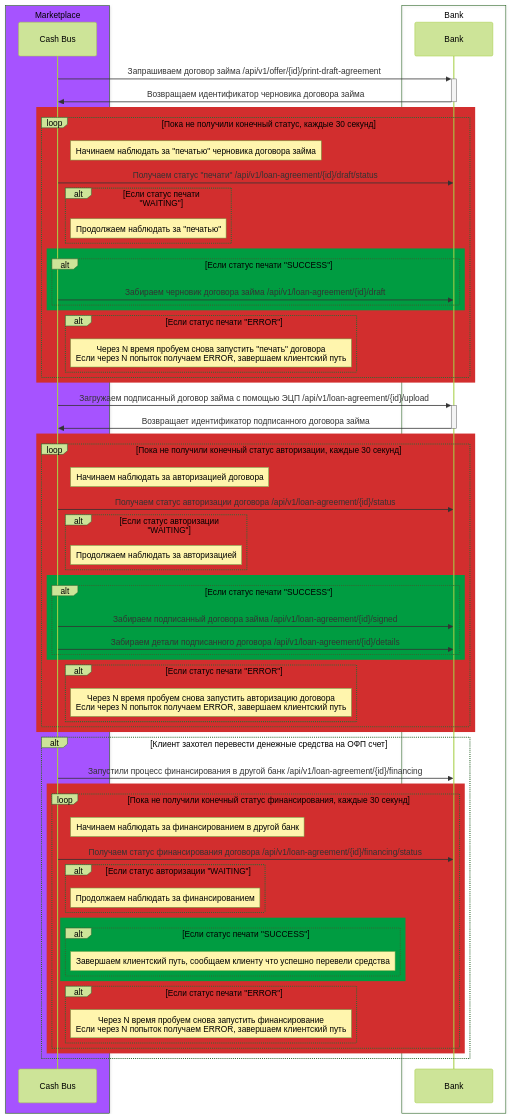
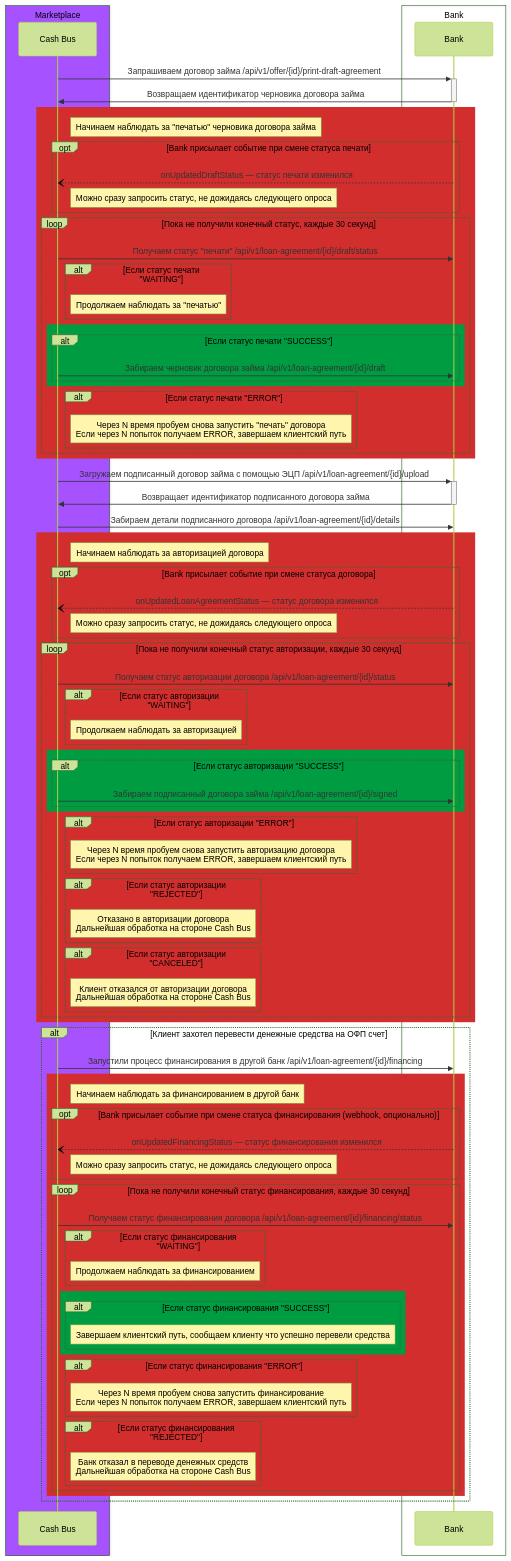
One commit to VantaFinance/cash changed the fourth of 4 diagrams in workflow.md. Above: the diagram before and after it, drawn with Mermaid (forest theme). The commit also changed other lines of this file and 1 other file, not shown here.

Commit message:
Update docs bank

```diff
--- a/workflow.md
+++ b/workflow.md
@@ -79,11 +169,13 @@
 Cash Bus ->>+ Bank : Запрашиваем договор займа /api/v1/offer/{id}/print-draft-agreement
 Bank ->>- Cash Bus : Возвращаем  идентификатор черновика договора займа
 
-
-
 rect rgb(210, 46,46)
+    Note right of Cash Bus: Начинаем наблюдать за "печатью" черновика договора займа
+    opt Bank присылает событие при смене статуса печати 
+        Bank --) Cash Bus: onUpdatedDraftStatus — статус печати изменился
+        Note right of Cash Bus: Можно сразу запросить статус, не дожидаясь следующего опроса
+    end
     loop Пока не получили конечный статус, каждые 30 секунд
-        Note right of Cash Bus: Начинаем наблюдать за "печатью" черновика договора займа
         Cash Bus ->> Bank:  Получаем статус "печати" /api/v1/loan-agreement/{id}/draft/status
 
         alt Если статус печати "WAITING"
@@ -106,11 +198,16 @@
 Cash Bus ->>+ Bank : Загружаем подписанный договор займа с помощью ЭЦП /api/v1/loan-agreement/{id}/upload
 Bank ->>- Cash Bus : Возвращает идентификатор подписанного договора займа
 
+Cash Bus ->> Bank: Забираем детали подписанного договора /api/v1/loan-agreement/{id}/details
 
 
 rect rgb(210, 46,46)
+    Note right of Cash Bus: Начинаем наблюдать за авторизацией договора
+    opt Bank присылает событие при смене статуса договора 
+        Bank --) Cash Bus: onUpdatedLoanAgreementStatus — статус договора изменился
+        Note right of Cash Bus: Можно сразу запросить статус, не дожидаясь следующего опроса
+    end
     loop Пока не получили конечный статус авторизации, каждые 30 секунд
-        Note right of Cash Bus: Начинаем наблюдать за авторизацией договора
         Cash Bus ->> Bank:  Получаем статус авторизации договора /api/v1/loan-agreement/{id}/status
 
         alt Если статус авторизации "WAITING"
@@ -118,14 +215,21 @@
         end
 
         rect rgb(0, 156, 65)
-            alt Если статус печати "SUCCESS"
+            alt Если статус авторизации "SUCCESS"
                 Cash Bus->>Bank: Забираем подписанный договора займа /api/v1/loan-agreement/{id}/signed
-                Cash Bus->>Bank: Забираем детали подписанного договора /api/v1/loan-agreement/{id}/details
             end
         end
 
-        alt Если статус печати "ERROR"
+        alt Если статус авторизации "ERROR"
             Note right of Cash Bus: Через N время пробуем снова запустить авторизацию договора<br/> Если через N попыток получаем ERROR, завершаем клиентский путь
+        end
+
+        alt Если статус авторизации "REJECTED"
+            Note right of Cash Bus: Отказано в авторизации договора<br/> Дальнейшая обработка на стороне Cash Bus
+        end
+
+        alt Если статус авторизации "CANCELED"
+            Note right of Cash Bus: Клиент отказался от авторизации договора<br/> Дальнейшая обработка на стороне Cash Bus
         end
     end
 end
@@ -137,22 +241,31 @@
 
 
 rect rgb(210, 46,46)
+    Note right of Cash Bus: Начинаем наблюдать за финансированием в другой банк
+    opt Bank присылает событие при смене статуса финансирования (webhook, опционально)
+        Bank --) Cash Bus: onUpdatedFinancingStatus — статус финансирования изменился
+        Note right of Cash Bus: Можно сразу запросить статус, не дожидаясь следующего опроса
+    end
     loop Пока не получили конечный статус финансирования, каждые 30 секунд
-        Note right of Cash Bus: Начинаем наблюдать за финансированием в другой банк
         Cash Bus ->> Bank:  Получаем статус финансирования договора /api/v1/loan-agreement/{id}/financing/status
 
-        alt Если статус авторизации "WAITING"
+        alt Если статус финансирования "WAITING"
             Note right of Cash Bus: Продолжаем наблюдать за финансированием
         end
 
         rect rgb(0, 156, 65)
-            alt Если статус печати "SUCCESS"
+            alt Если статус финансирования "SUCCESS"
                 Note right of Cash Bus: Завершаем клиентский путь, сообщаем клиенту что успешно перевели средства
             end
         end
 
-        alt Если статус печати "ERROR"
+        alt Если статус финансирования "ERROR"
             Note right of Cash Bus: Через N время пробуем снова запустить финансирование<br/> Если через N попыток получаем ERROR, завершаем клиентский путь
+        end
+
+
+        alt Если статус финансирования "REJECTED"
+            Note right of Cash Bus: Банк отказал в переводе денежных средств<br/> Дальнейшая обработка на стороне Cash Bus
         end
     end
 end
```
